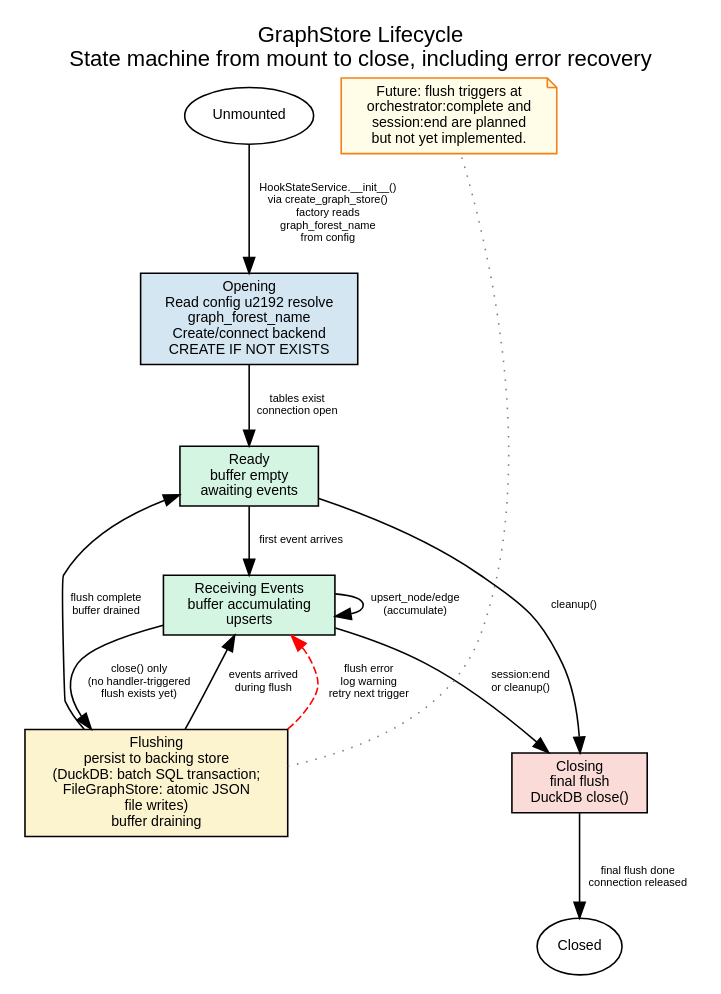
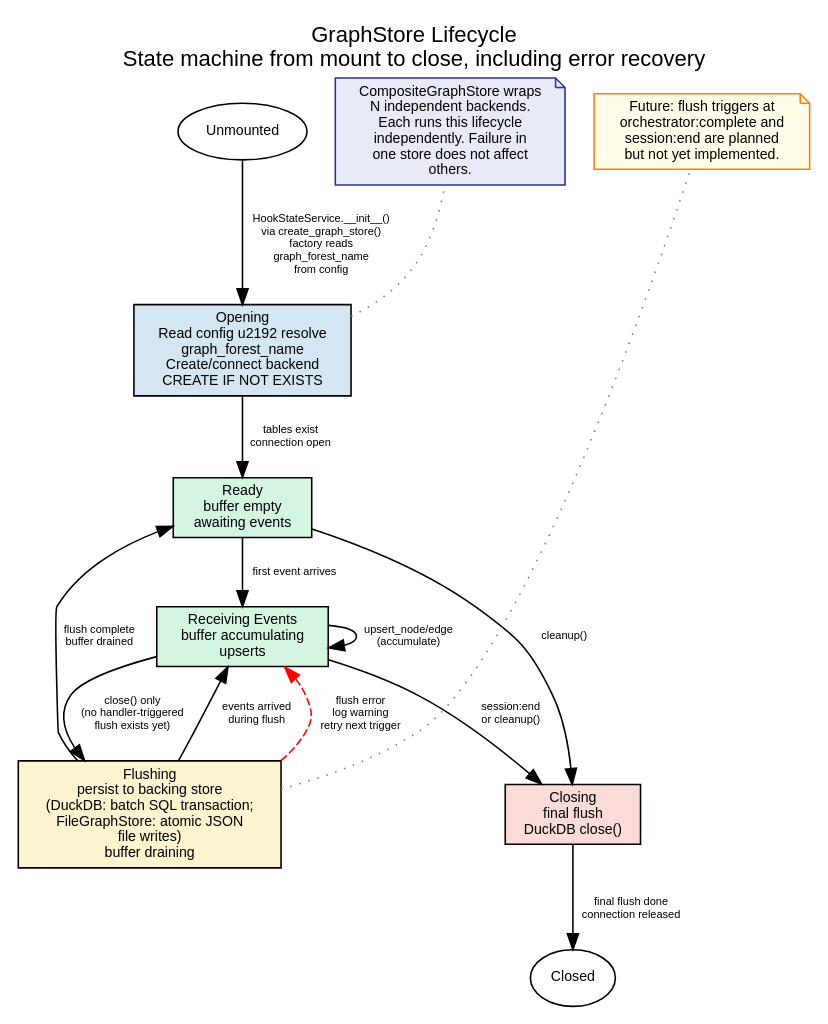
The diagram in context/graph-store-lifecycle.dot (microsoft/amplifier-bundle-context-intelligence), drawn with Graphviz before and after one commit. The commit also changed 10 other files, not shown here.

First line of the commit message:
feat: add 5 new DOT architecture diagrams and update 2 existing for hook redesign

```diff
--- a/context/graph-store-lifecycle.dot
+++ b/context/graph-store-lifecycle.dot
@@ -1,45 +1,49 @@
 digraph lifecycle {
     rankdir=TB;
     label="GraphStore Lifecycle\nState machine from mount to close, including error recovery";
     labelloc=t;
     fontsize=14;
     fontname="Helvetica";
     node [fontname="Helvetica", fontsize=9];
     edge [fontname="Helvetica", fontsize=7];
 
     // States
     unmounted [label="Unmounted" shape=oval];
     opening [label="Opening\nRead config \u2192 resolve\ngraph_forest_name\nCreate/connect backend\nCREATE IF NOT EXISTS"
              shape=box style=filled fillcolor="#D4E6F1"];
     ready [label="Ready\nbuffer empty\nawaiting events"
            shape=box style=filled fillcolor="#D5F5E3"];
     receiving [label="Receiving Events\nbuffer accumulating\nupserts"
                shape=box style=filled fillcolor="#D5F5E3"];
     flushing [label="Flushing\npersist to backing store\n(DuckDB: batch SQL transaction;\nFileGraphStore: atomic JSON\nfile writes)\nbuffer draining"
               shape=box style=filled fillcolor="#FCF3CF"];
     closing [label="Closing\nfinal flush\nDuckDB close()"
              shape=box style=filled fillcolor="#FADBD8"];
     closed [label="Closed" shape=oval];
 
     // Transitions
     unmounted -> opening [label="HookStateService.__init__()\nvia create_graph_store()\nfactory reads\ngraph_forest_name\nfrom config"];
     opening -> ready [label="tables exist\nconnection open"];
     ready -> receiving [label="first event arrives"];
     receiving -> receiving [label="upsert_node/edge\n(accumulate)"];
     receiving -> flushing [label="close() only\n(no handler-triggered\nflush exists yet)"];
     flushing -> ready [label="flush complete\nbuffer drained"];
     flushing -> receiving [label="events arrived\nduring flush"];
     receiving -> closing [label="session:end\nor cleanup()"];
     ready -> closing [label="cleanup()"];
     closing -> closed [label="final flush done\nconnection released"];
 
     // Error path
     flushing -> receiving [label="flush error\nlog warning\nretry next trigger"
                            style=dashed color=red];
 
     // Notes
     node [shape=note, style=filled, penwidth=1];
     note_flush [label="Future: flush triggers at\norchestrator:complete and\nsession:end are planned\nbut not yet implemented."
                 fillcolor="#FFFDE7" color="#F57F17"];
     flushing -> note_flush [style=dotted color=gray arrowhead=none constraint=false];
+
+    note_composite [label="CompositeGraphStore wraps\nN independent backends.\nEach runs this lifecycle\nindependently. Failure in\none store does not affect\nothers."
+                    fillcolor="#E8EAF6" color="#283593"];
+    opening -> note_composite [style=dotted color=gray arrowhead=none constraint=false];
 }
```
